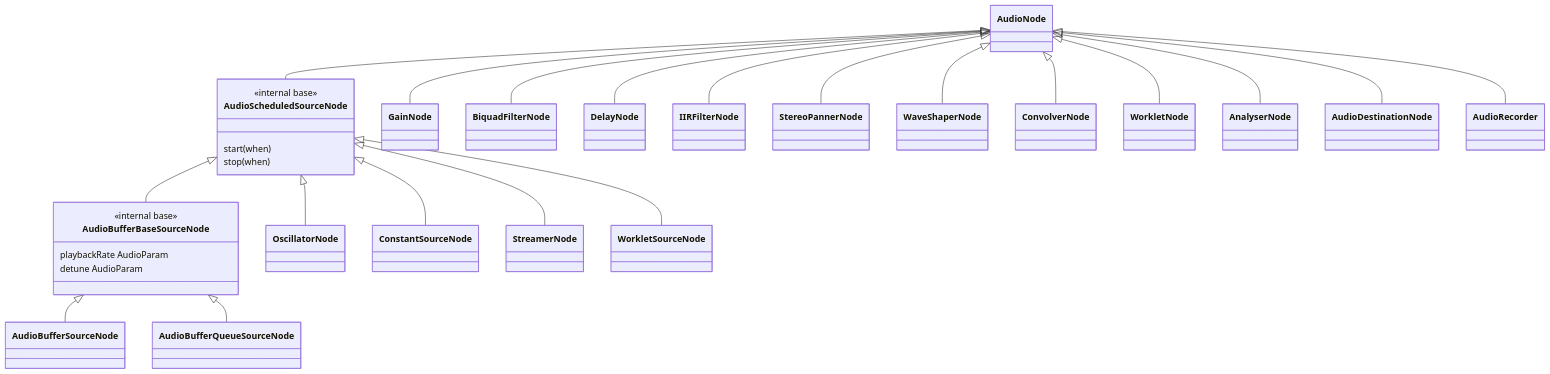
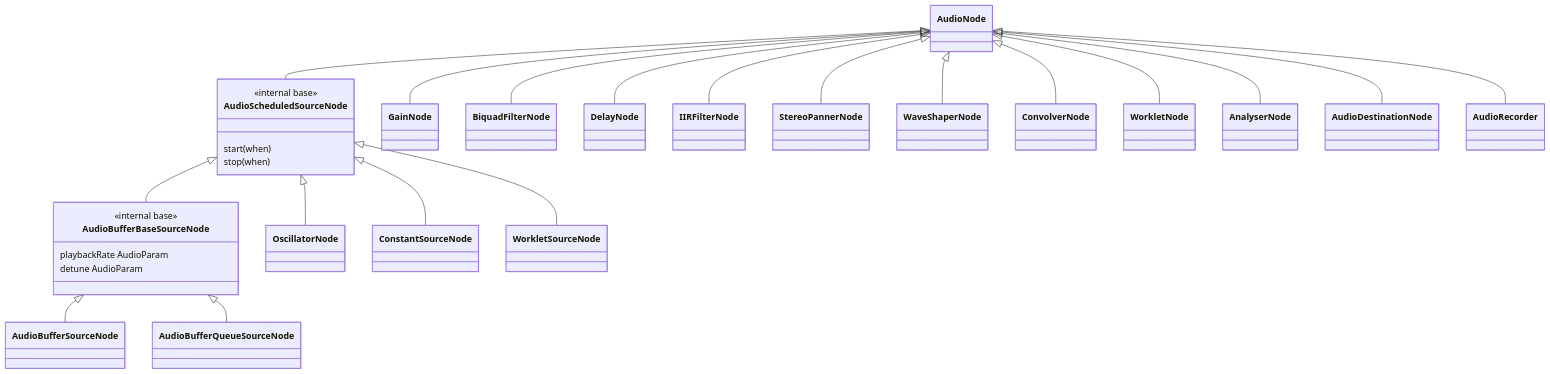
One commit to software-mansion/react-native-audio-api changed the diagram in .claude/skills/audio-nodes/SKILL.md. Above: the diagram before and after it, drawn with Mermaid. The commit also changed other lines of this file and 26 other files, not shown here.

Commit message:
chore: remove streamer node

````diff
--- a/.claude/skills/audio-nodes/SKILL.md
+++ b/.claude/skills/audio-nodes/SKILL.md
@@ -97,37 +96,36 @@
 ```mermaid
 classDiagram
   direction TD
 
   class AudioScheduledSourceNode {
     <<internal base>>
     start(when)
     stop(when)
   }
   class AudioBufferBaseSourceNode {
     <<internal base>>
     playbackRate AudioParam
     detune AudioParam
   }
 
   AudioNode <|-- AudioScheduledSourceNode
   AudioNode <|-- GainNode
   AudioNode <|-- BiquadFilterNode
   AudioNode <|-- DelayNode
   AudioNode <|-- IIRFilterNode
   AudioNode <|-- StereoPannerNode
   AudioNode <|-- WaveShaperNode
   AudioNode <|-- ConvolverNode
   AudioNode <|-- WorkletNode
   AudioNode <|-- AnalyserNode
   AudioNode <|-- AudioDestinationNode
   AudioNode <|-- AudioRecorder
 
   AudioScheduledSourceNode <|-- AudioBufferBaseSourceNode
   AudioScheduledSourceNode <|-- OscillatorNode
   AudioScheduledSourceNode <|-- ConstantSourceNode
-  AudioScheduledSourceNode <|-- StreamerNode
   AudioScheduledSourceNode <|-- WorkletSourceNode
 
   AudioBufferBaseSourceNode <|-- AudioBufferSourceNode
   AudioBufferBaseSourceNode <|-- AudioBufferQueueSourceNode
 ```
````
